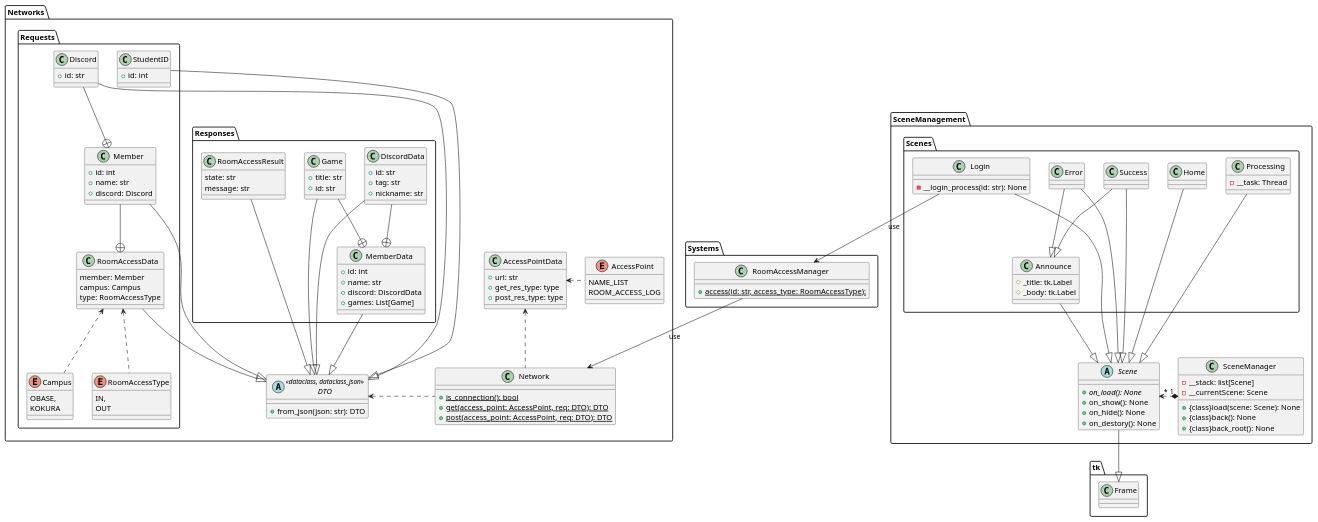
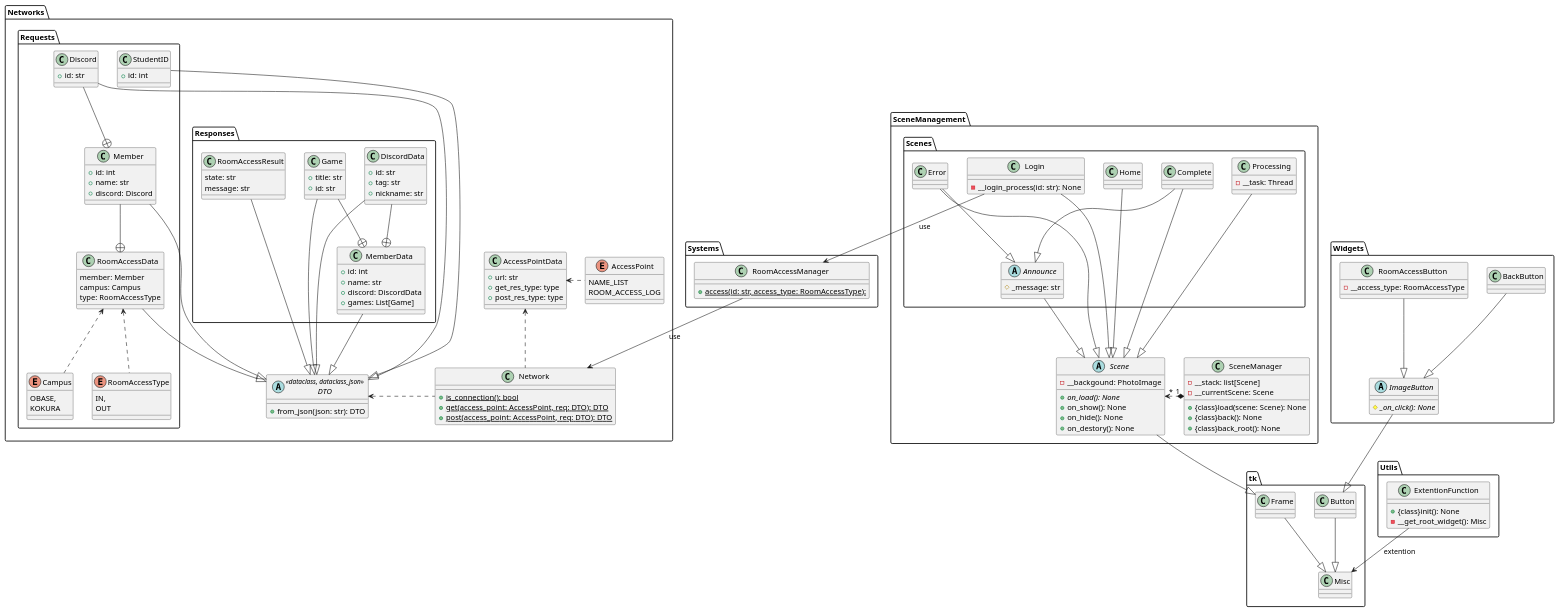
Before and after one commit to nmskm240/NITeRAS: the diagram in UMLs/Class Diagrams/All.pu, drawn with PlantUML. The commit also changed 22 other files, not shown here.

Commit message:
create button widget

```diff
--- a/UMLs/Class Diagrams/All.pu
+++ b/UMLs/Class Diagrams/All.pu
@@ -110,6 +110,7 @@
 
     abstract Scene
     {
+        -__backgound: PhotoImage
         +{abstract}on_load(): None
         +on_show(): None
         +on_hide(): None
@@ -118,11 +119,11 @@
 
     package Scenes
     {
-        class Announce
+        abstract Announce
         {
-            #_title: tk.Label
-            #_body: tk.Label
+            #_message: str
         }
+        class Complete
         class Error
         class Home
         class Login
@@ -133,7 +134,6 @@
         {
             -__task: Thread
         }
-        class Success
     }
 }
 package Systems
@@ -143,6 +143,29 @@
         +{static}access(id: str, access_type: RoomAccessType): 
     }
 }
+package Utils
+{
+    class ExtentionFunction
+    {
+        +{class}init(): None
+        -__get_root_widget(): Misc
+    }
+}
+package Widgets
+{
+    class BackButton
+    abstract ImageButton
+    {
+        #{abstract}_on_click(): None
+    }
+    class RoomAccessButton
+    {
+        -__access_type: RoomAccessType
+    }
+}
+
+tk.Frame --|> tk.Misc
+tk.Button --|> tk.Misc
 
 Scene --|> tk.Frame
 Announce --|> Scene
@@ -150,9 +173,9 @@
 Home --|> Scene
 Login --|> Scene
 Processing --|> Scene
-Success --|> Scene
+Complete --|> Scene
 Error --|> Announce
-Success --|> Announce
+Complete --|> Announce
 
 RoomAccessData --|> DTO
 StudentID --|> DTO
@@ -162,6 +185,10 @@
 RoomAccessResult --|> DTO
 Member --|> DTO
 Discord --|> DTO
+
+ImageButton --|> tk.Button
+BackButton --|> ImageButton
+RoomAccessButton --|> ImageButton
 
 Network .left.> DTO
 Network .up.> AccessPointData
@@ -178,5 +205,6 @@
 
 Login --> RoomAccessManager : use
 RoomAccessManager --> Network : use
+ExtentionFunction --> tk.Misc : extention
 
 @enduml
```
